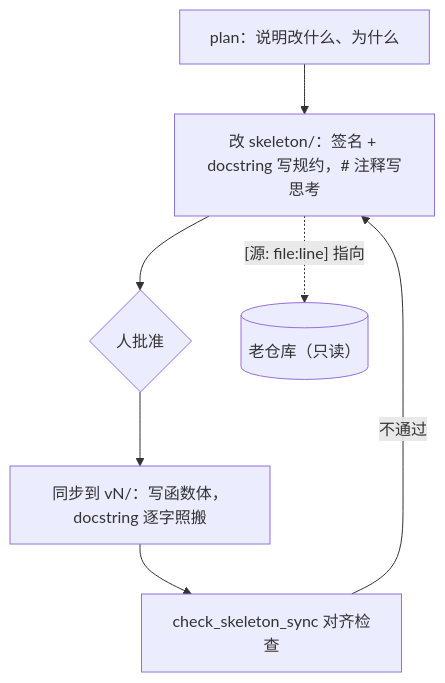
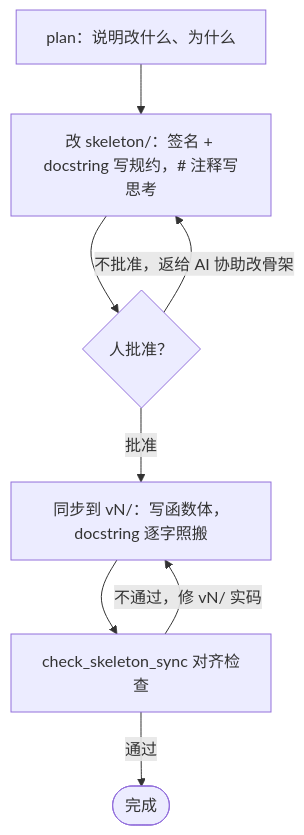
Before and after one commit to liuhetian/wiki: the second of 2 diagrams in docs/posts/ai-code-skeleton/index.md, drawn with Mermaid. The commit also changed other lines of this file and 10 other files, not shown here.

````diff
--- a/docs/posts/ai-code-skeleton/index.md
+++ b/docs/posts/ai-code-skeleton/index.md
@@ -101,9 +115,10 @@
 ```mermaid
 graph TD
     P["plan：说明改什么、为什么"] --> S["改 skeleton/：签名 + docstring 写规约，# 注释写思考"]
-    S --> A{人批准}
-    A --> V["同步到 vN/：写函数体，docstring 逐字照搬"]
+    S --> A{人批准？}
+    A -->|不批准，返给 AI 协助改骨架| S
+    A -->|批准| V["同步到 vN/：写函数体，docstring 逐字照搬"]
     V --> C["check_skeleton_sync 对齐检查"]
-    C -->|不通过| S
-    S -.->|"[源: file:line] 指向"| O[("老仓库（只读）")]
+    C -->|不通过，修 vN/ 实码| V
+    C -->|通过| Done([完成])
 ```
````
